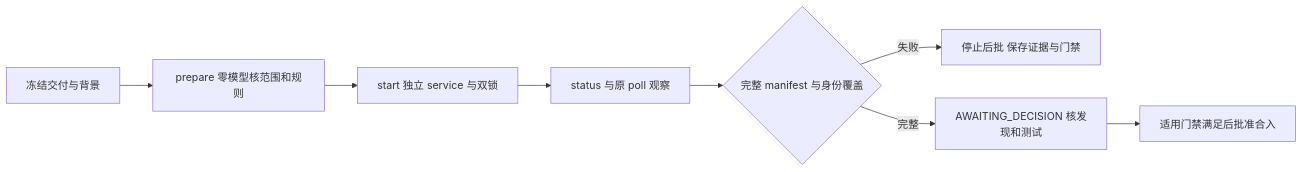
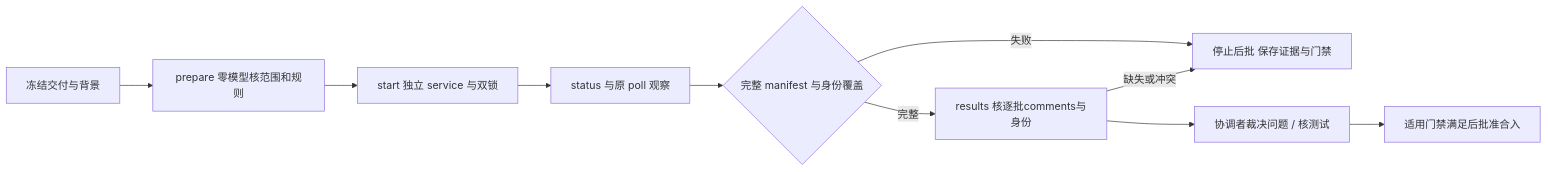
One commit to wangzd9/skill-backup changed the fifth of 6 diagrams in docs/SKILL-DEVELOPMENT-WORKFLOW.md. Above: the diagram before and after it, drawn with Mermaid. The commit also changed other lines of this file and 87 other files, not shown here.

````diff
--- a/docs/SKILL-DEVELOPMENT-WORKFLOW.md
+++ b/docs/SKILL-DEVELOPMENT-WORKFLOW.md
@@ -312,10 +340,12 @@
 ```mermaid
 flowchart LR
     P[冻结交付与背景] --> V[prepare 零模型核范围和规则]
     V --> S[start 独立 service 与双锁]
     S --> O[status 与原 poll 观察]
     O --> C{完整 manifest 与身份覆盖}
     C -- 失败 --> F[停止后批 保存证据与门禁]
-    C -- 完整 --> D[AWAITING_DECISION 核发现和测试]
+    C -- 完整 --> R[results 核逐批comments与身份]
+    R --> D[协调者裁决问题 / 核测试]
+    R -- 缺失或冲突 --> F
     D --> M[适用门禁满足后批准合入]
 ```
````
